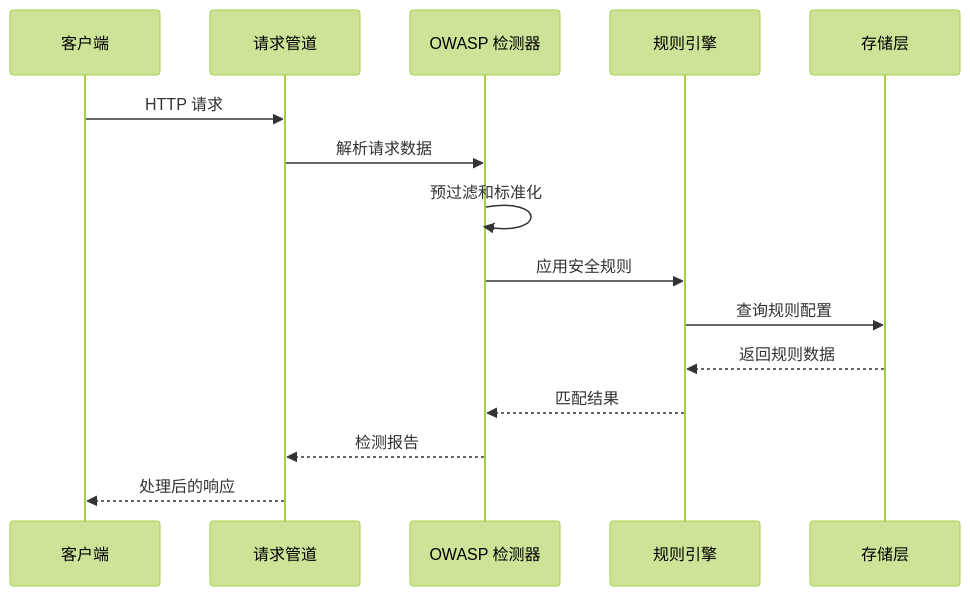
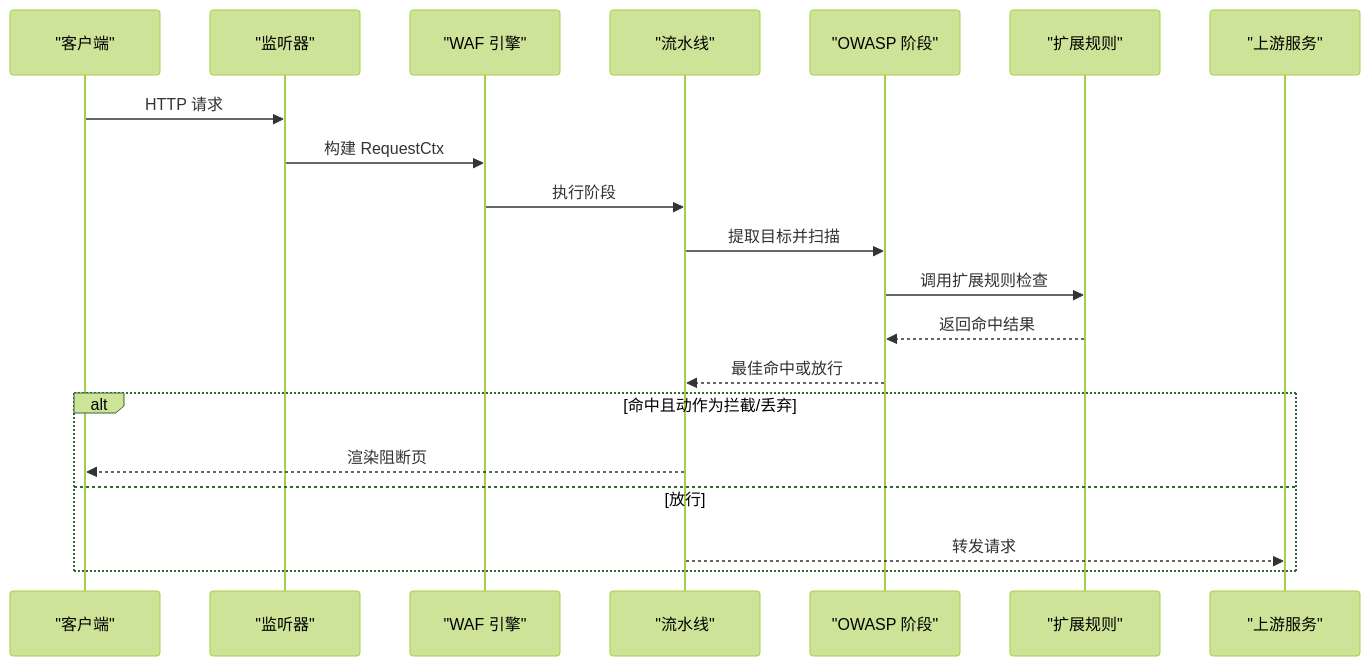
The second of 13 diagrams in docs/安全防护功能/OWASP 检测/基本 OWASP 规则.md (x01n/My-OpenWaf), drawn with Mermaid (forest theme) before and after one commit. The commit also changed other lines of this file and 199 other files, not shown here.

````diff
--- a/docs/安全防护功能/OWASP 检测/基本 OWASP 规则.md
+++ b/docs/安全防护功能/OWASP 检测/基本 OWASP 规则.md
@@ -118,17 +88,22 @@
 ```mermaid
 sequenceDiagram
-participant Client as 客户端
-participant Pipeline as 请求管道
-participant OWASP as OWASP 检测器
-participant Rules as 规则引擎
-participant Storage as 存储层
-Client->>Pipeline : HTTP 请求
-Pipeline->>OWASP : 解析请求数据
-OWASP->>OWASP : 预过滤和标准化
-OWASP->>Rules : 应用安全规则
-Rules->>Storage : 查询规则配置
-Storage-->>Rules : 返回规则数据
-Rules-->>OWASP : 匹配结果
-OWASP-->>Pipeline : 检测报告
-Pipeline-->>Client : 处理后的响应
+participant Client as "客户端"
+participant Listener as "监听器"
+participant Engine as "WAF 引擎"
+participant Pipeline as "流水线"
+participant OWASP as "OWASP 阶段"
+participant Ext as "扩展规则"
+participant Upstream as "上游服务"
+Client->>Listener : HTTP 请求
+Listener->>Engine : 构建 RequestCtx
+Engine->>Pipeline : 执行阶段
+Pipeline->>OWASP : 提取目标并扫描
+OWASP->>Ext : 调用扩展规则检查
+Ext-->>OWASP : 返回命中结果
+OWASP-->>Pipeline : 最佳命中或放行
+alt 命中且动作为拦截/丢弃
+Pipeline-->>Client : 渲染阻断页
+else 放行
+Pipeline-->>Upstream : 转发请求
+end
 ```
````
